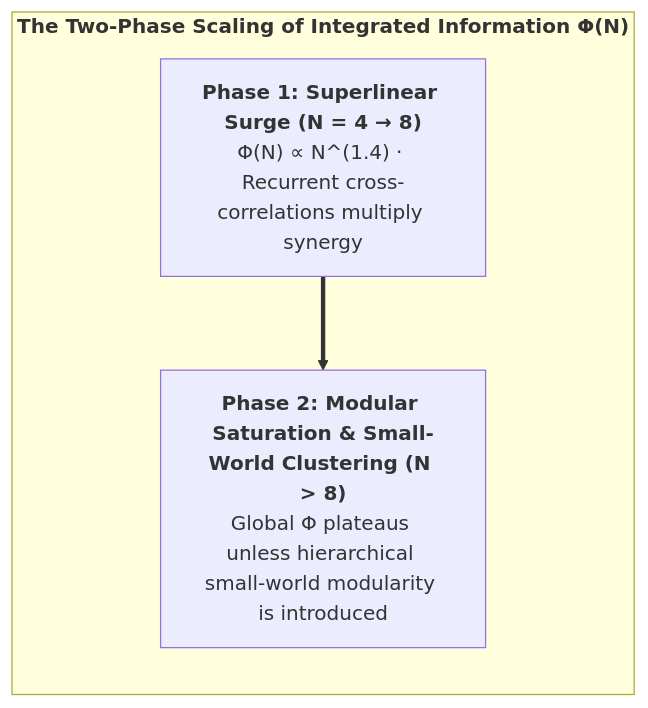
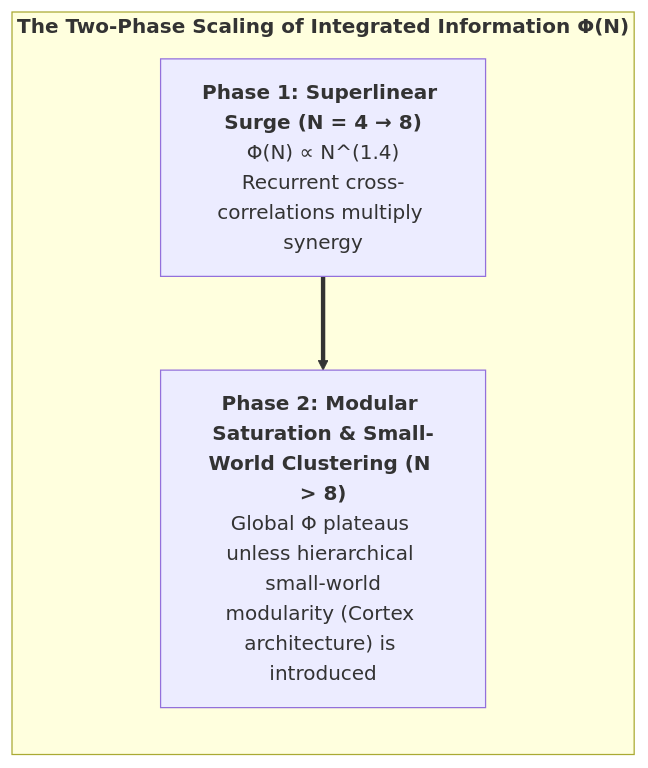
One commit to Thriebl/active-inference-phi-network changed diagram 28 of 50 in book/build/CIF_Monograph_EN.md. Above: the diagram before and after it, drawn with Mermaid. The commit also changed other lines of this file and 8 other files, not shown here.

````diff
--- a/book/build/CIF_Monograph_EN.md
+++ b/book/build/CIF_Monograph_EN.md
@@ -1210,12 +1203,12 @@
 ```mermaid
-flowchart TD
+flowchart LR
     subgraph SCALING_PHASES["<b>The Two-Phase Scaling of Integrated Information Φ(N)</b>"]
         direction TB
         
-        PHASE_1["<b>Phase 1: Superlinear Surge (N = 4 → 8)</b><br>Φ(N) ∝ N^(1.4) · Recurrent cross-correlations multiply synergy"]
+        PHASE_1["<b>Phase 1: Superlinear Surge (N = 4 → 8)</b><br>Φ(N) ∝ N^(1.4)<br>Recurrent cross-correlations multiply synergy"]
         
-        PHASE_2["<b>Phase 2: Modular Saturation & Small-World Clustering (N > 8)</b><br>Global Φ plateaus unless hierarchical small-world modularity is introduced"]
+        PHASE_2["<b>Phase 2: Modular Saturation & Small-World Clustering (N > 8)</b><br>Global Φ plateaus unless hierarchical small-world<br>modularity (Cortex architecture) is introduced"]
         
         PHASE_1 ==> PHASE_2
     end
 ```
````
